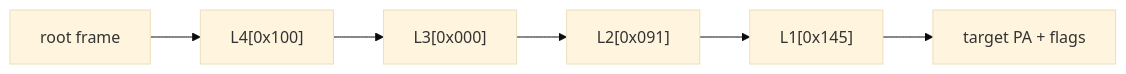
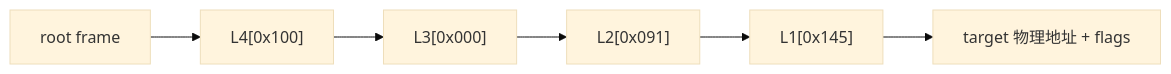
Before and after one commit to rcore-os/tgoskits: the third of 3 diagrams in docs/docs/architecture/memory/page-table.md, drawn with Mermaid (base theme). The commit also changed other lines of this file and 12 other files, not shown here.

````diff
--- a/docs/docs/architecture/memory/page-table.md
+++ b/docs/docs/architecture/memory/page-table.md
@@ -276,8 +276,8 @@
 ```mermaid
 flowchart LR
     Root["root frame"] --> L4["L4[0x100]"]
     L4 --> L3["L3[0x000]"]
     L3 --> L2["L2[0x091]"]
     L2 --> L1["L1[0x145]"]
-    L1 --> Frame["target PA + flags"]
+    L1 --> Frame["target 物理地址 + flags"]
 ```
````
